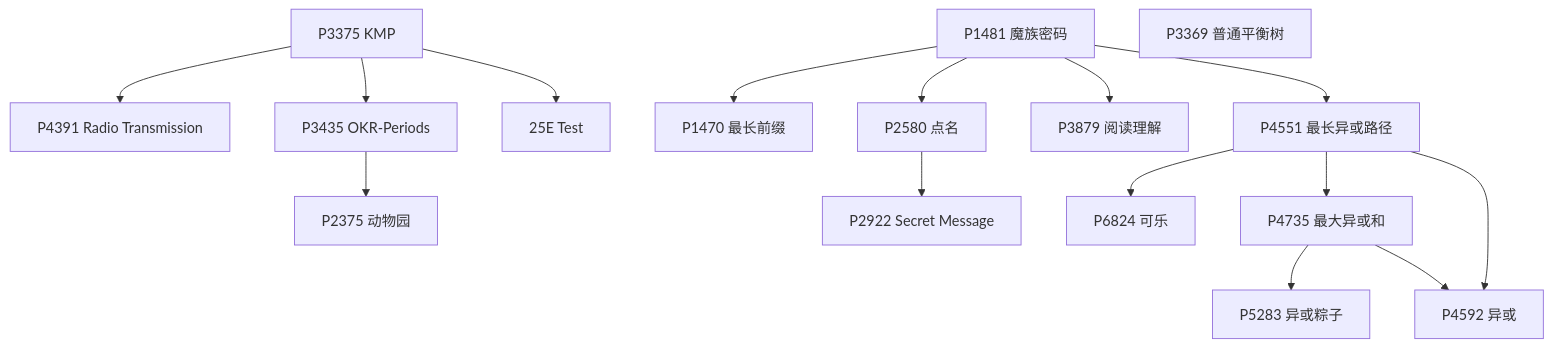
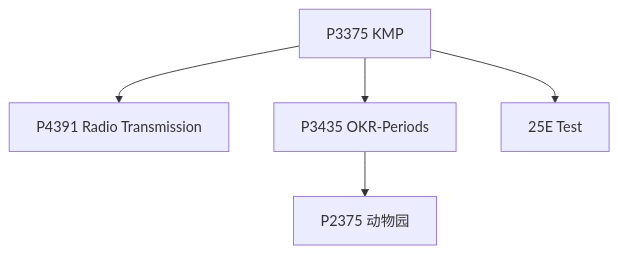
Before and after one commit to rainboyOJ/new_problem_solutions: the ninth of 56 diagrams in problem-sets/luogu-official-advanced-training.md, drawn with Mermaid. The commit also changed other lines of this file and 3 other files, not shown here.

First line of the commit message:
fix(problem-sets): 前置关系图不再缩字——去孤立节点、按支线拆图、宽图横向滚动

````diff
--- a/problem-sets/luogu-official-advanced-training.md
+++ b/problem-sets/luogu-official-advanced-training.md
@@ -227,34 +275,13 @@
 ```mermaid
 flowchart TD
-  n3375["P3375 KMP"]
-  n4391["P4391 Radio Transmission"]
-  n3435["P3435 OKR-Periods"]
-  n2375["P2375 动物园"]
+  nP3375["P3375 KMP"]
+  nP4391["P4391 Radio Transmission"]
+  nP3435["P3435 OKR-Periods"]
+  nP2375["P2375 动物园"]
   n25E["25E Test"]
-  n1481["P1481 魔族密码"]
-  n1470["P1470 最长前缀"]
-  n2580["P2580 点名"]
-  n2922["P2922 Secret Message"]
-  n3879["P3879 阅读理解"]
-  n4551["P4551 最长异或路径"]
-  n6824["P6824 可乐"]
-  n4735["P4735 最大异或和"]
-  n5283["P5283 异或粽子"]
-  n4592["P4592 异或"]
-  n3369["P3369 普通平衡树"]
 
-  n3375 --> n4391
-  n3375 --> n3435
-  n3435 --> n2375
-  n3375 --> n25E
-  n1481 --> n1470
-  n1481 --> n2580
-  n2580 --> n2922
-  n1481 --> n3879
-  n1481 --> n4551
-  n4551 --> n6824
-  n4551 --> n4735
-  n4735 --> n5283
-  n4551 --> n4592
-  n4735 --> n4592
+  nP3375 --> nP4391
+  nP3375 --> nP3435
+  nP3435 --> nP2375
+  nP3375 --> n25E
 ```
````
